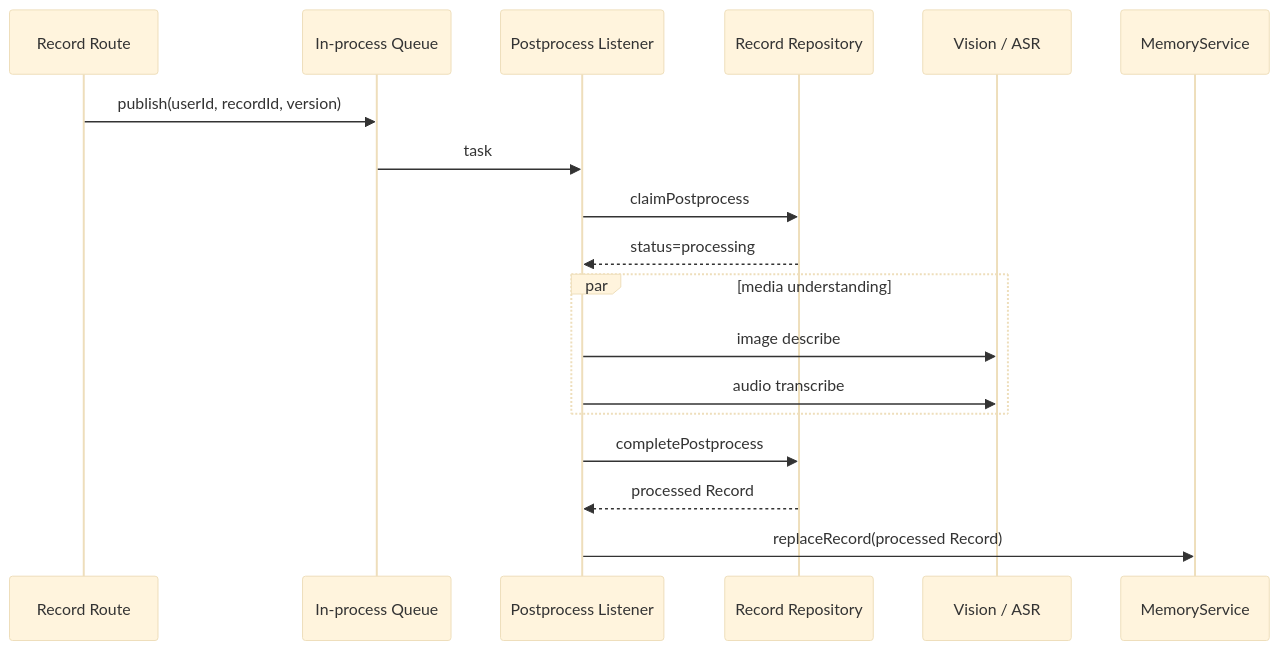
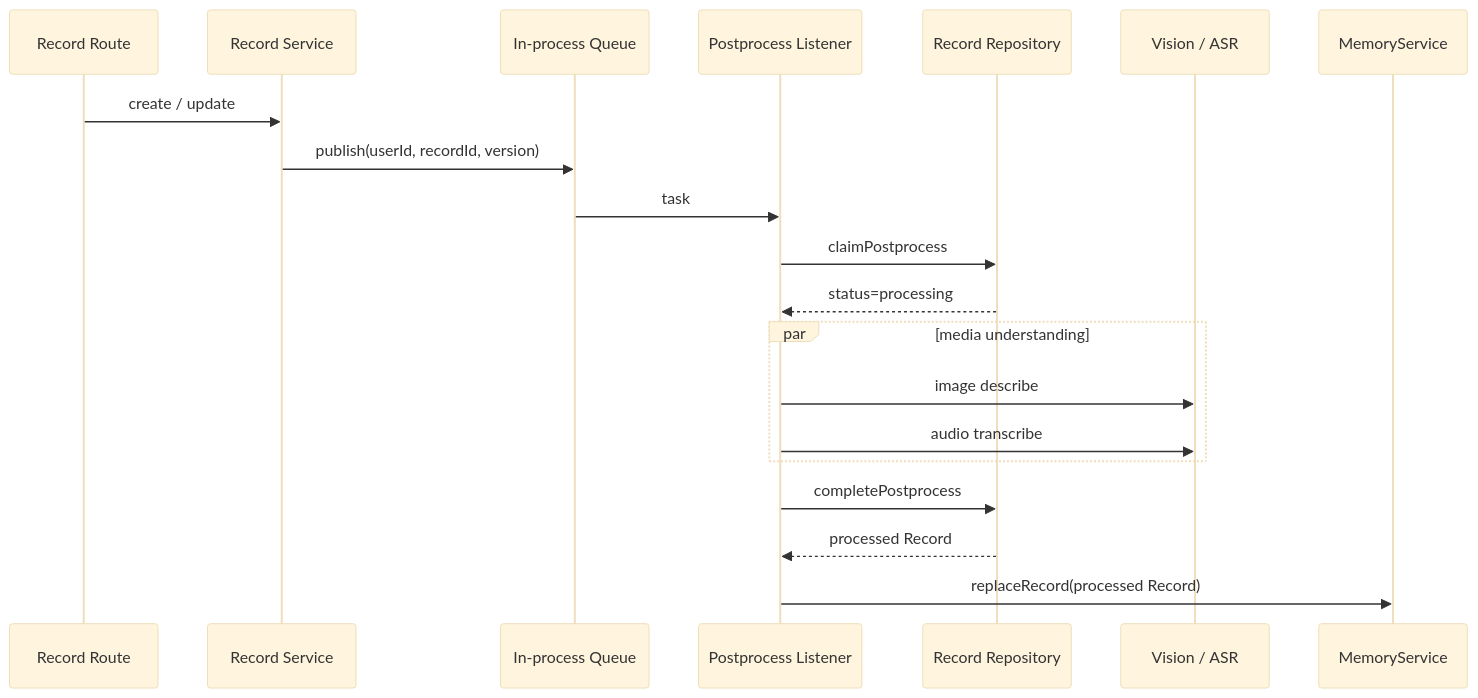
Before and after one commit to huiru-wang/fanto: the second of 2 diagrams in docs/architecture/server.md, drawn with Mermaid (base theme). The commit also changed other lines of this file and 129 other files, not shown here.

````diff
--- a/docs/architecture/server.md
+++ b/docs/architecture/server.md
@@ -48,21 +49,23 @@
 ```mermaid
 sequenceDiagram
   participant HTTP as Record Route
+  participant S as Record Service
   participant Q as In-process Queue
   participant L as Postprocess Listener
   participant R as Record Repository
   participant AI as Vision / ASR
   participant M as MemoryService
 
-  HTTP->>Q: publish(userId, recordId, version)
+  HTTP->>S: create / update
+  S->>Q: publish(userId, recordId, version)
   Q->>L: task
   L->>R: claimPostprocess
   R-->>L: status=processing
   par media understanding
     L->>AI: image describe
     L->>AI: audio transcribe
   end
   L->>R: completePostprocess
   R-->>L: processed Record
   L->>M: replaceRecord(processed Record)
 ```
````
